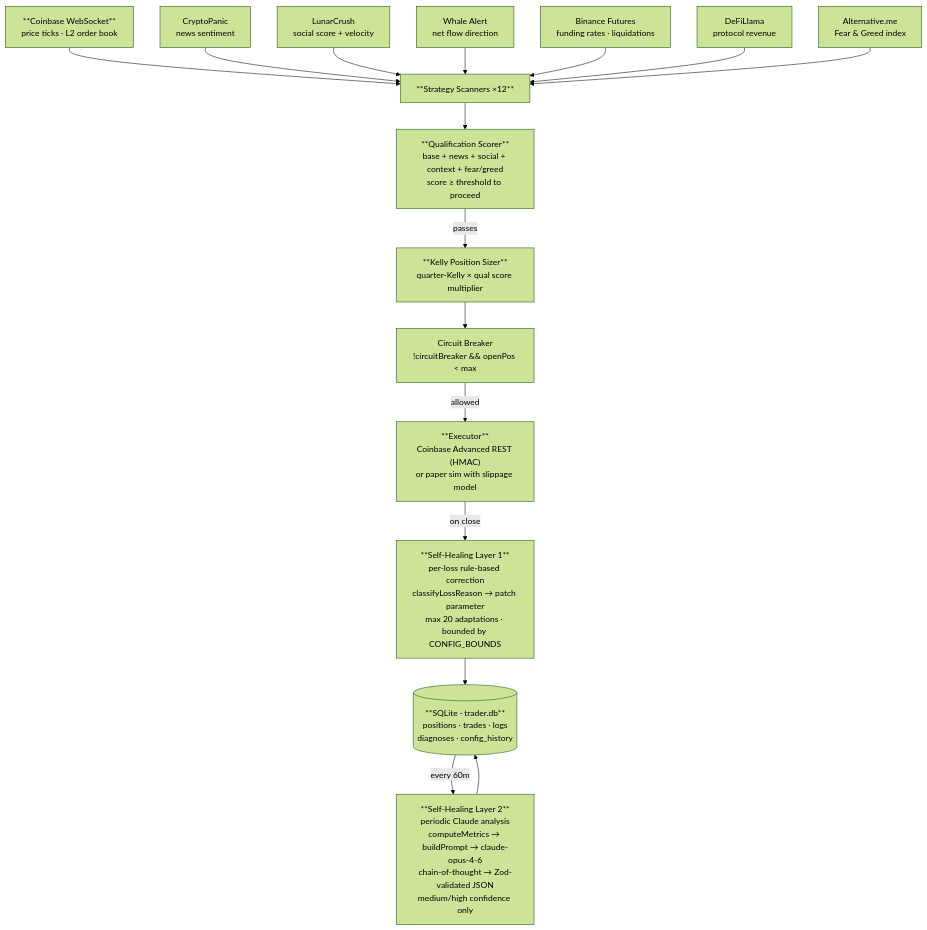
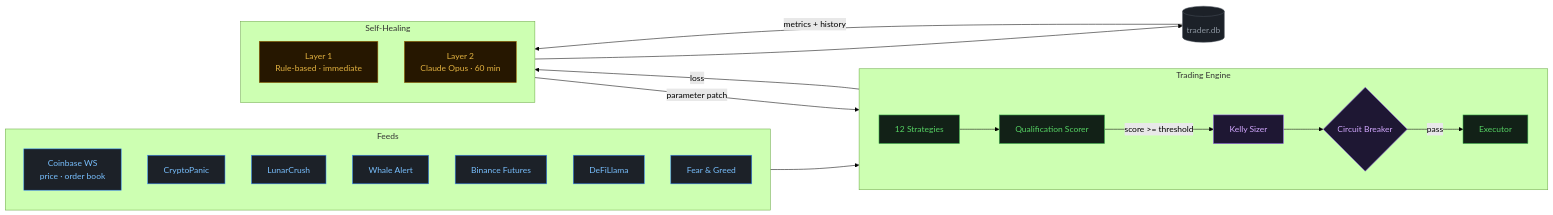
Before and after one commit to prateekjain98/kaizen-trader: the first of 2 diagrams in docs/architecture.md, drawn with Mermaid (forest theme). The commit also changed 1 other file, not shown here.

Commit message:
docs: replace broken diagrams with clean Mermaid and prose
README: remove the overcrowded flowchart entirely — replace with
structured prose sections and a code block for the self-healing loop,
matching what freqtrade/n8n/langchain actually do.

architecture.md: rewrite the system overview as a proper flowchart LR
with subgraph groupings (Feeds / Trading Engine / Self-Healing),
classDef color-coding using the `class nodeId ClassName` pattern,
and clean quoted labels. Sequence diagram unchanged.

````diff
--- a/docs/architecture.md
+++ b/docs/architecture.md
@@ -5,31 +5,49 @@
 ```mermaid
-flowchart TD
-    WS["**Coinbase WebSocket**\nprice ticks · L2 order book"]
-    CP["CryptoPanic\nnews sentiment"]
-    LC["LunarCrush\nsocial score + velocity"]
-    WA["Whale Alert\nnet flow direction"]
-    BN["Binance Futures\nfunding rates · liquidations"]
-    DL["DeFiLlama\nprotocol revenue"]
-    FG["Alternative.me\nFear & Greed index"]
+flowchart LR
+    subgraph feeds["Feeds"]
+        direction TB
+        WS["Coinbase WS\nprice · order book"]
+        CP["CryptoPanic"]
+        LC["LunarCrush"]
+        WA["Whale Alert"]
+        BN["Binance Futures"]
+        DL["DeFiLlama"]
+        FG["Fear & Greed"]
+    end
 
-    STRAT["**Strategy Scanners ×12**"]
-    QUAL["**Qualification Scorer**\nbase + news + social + context + fear/greed\nscore ≥ threshold to proceed"]
-    KELLY["**Kelly Position Sizer**\nquarter-Kelly × qual score multiplier"]
-    CB["Circuit Breaker\n!circuitBreaker && openPos < max"]
-    EXEC["**Executor**\nCoinbase Advanced REST (HMAC)\nor paper sim with slippage model"]
+    subgraph engine["Trading Engine"]
+        direction LR
+        STRAT["12 Strategies"]
+        QUAL["Qualification Scorer"]
+        KELLY["Kelly Sizer"]
+        CB{"Circuit Breaker"}
+        EXEC["Executor"]
+        STRAT --> QUAL -->|"score >= threshold"| KELLY --> CB -->|"pass"| EXEC
+    end
 
-    L1["**Self-Healing Layer 1**\nper-loss rule-based correction\nclassifyLossReason → patch parameter\nmax 20 adaptations · bounded by CONFIG_BOUNDS"]
-    L2["**Self-Healing Layer 2**\nperiodic Claude analysis\ncomputeMetrics → buildPrompt → claude-opus-4-6\nchain-of-thought → Zod-validated JSON\nmedium/high confidence only"]
-    DB[("**SQLite · trader.db**\npositions · trades · logs\ndiagnoses · config_history")]
+    subgraph healing["Self-Healing"]
+        direction TB
+        L1["Layer 1\nRule-based · immediate"]
+        L2["Layer 2\nClaude Opus · 60 min"]
+    end
 
-    WS --> STRAT
-    CP & LC & WA & BN & DL & FG --> STRAT
-    STRAT --> QUAL
-    QUAL -->|passes| KELLY
-    KELLY --> CB
-    CB -->|allowed| EXEC
-    EXEC -->|on close| L1
+    DB[("trader.db")]
+
+    feeds --> STRAT
+    EXEC -->|"loss"| L1
     L1 --> DB
-    DB -->|every 60m| L2
-    L2 --> DB
+    DB -->|"metrics + history"| L2
+    L2 -->|"parameter patch"| STRAT
+
+    classDef feed fill:#1c2128,stroke:#388bfd,color:#79c0ff
+    classDef core fill:#122117,stroke:#3fb950,color:#56d364
+    classDef risk fill:#1e1733,stroke:#8957e5,color:#d2a8ff
+    classDef db   fill:#1c2128,stroke:#484f58,color:#8b949e
+    classDef heal fill:#261700,stroke:#9e6a03,color:#e3b341
+
+    class WS,CP,LC,WA,BN,DL,FG feed
+    class STRAT,QUAL,EXEC core
+    class KELLY,CB risk
+    class DB db
+    class L1,L2 heal
 ```
````
